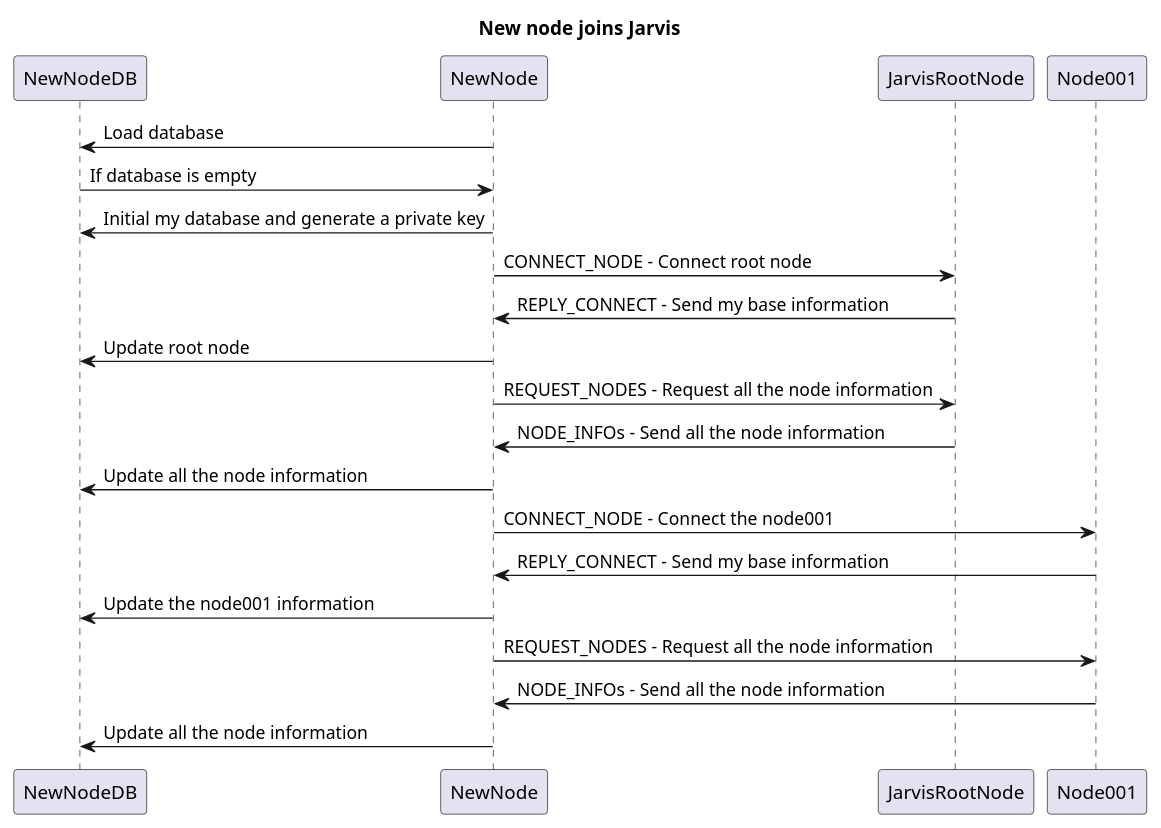
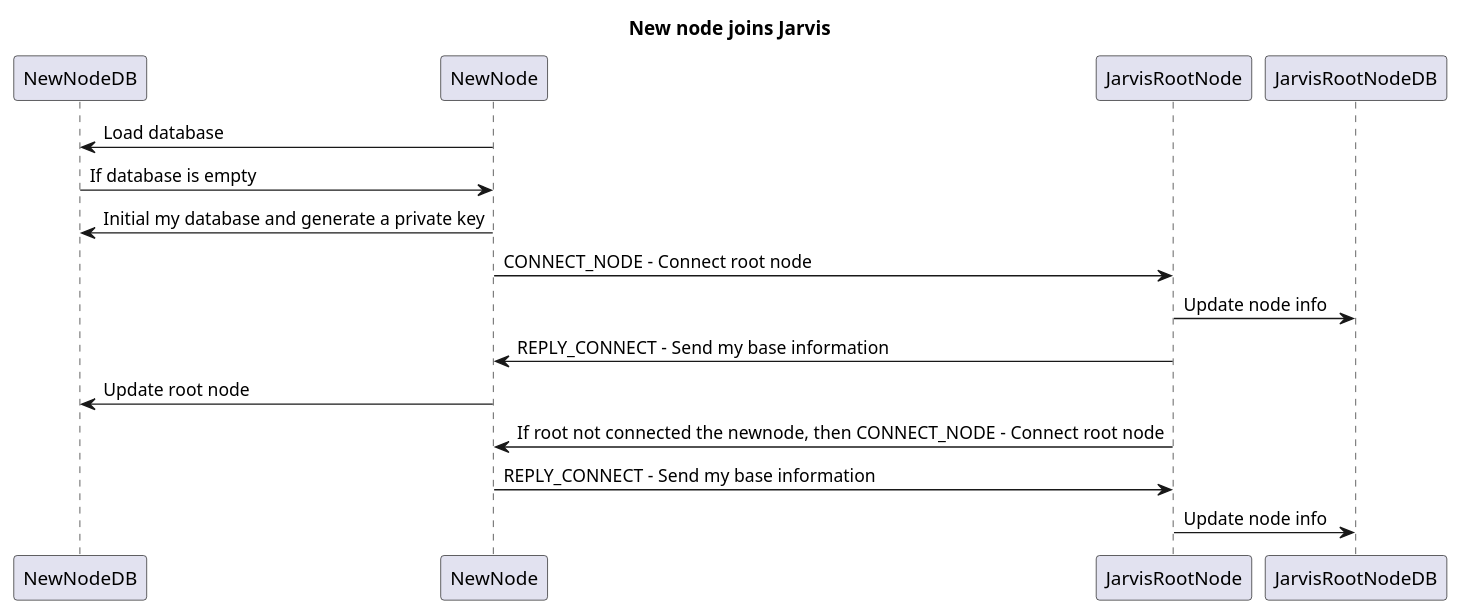
The diagram in network001.plantuml (zhs007/jarviscore), drawn with PlantUML before and after one commit. The commit also changed 4 other files, not shown here.

Commit message:
- updated plantuml for network - added TimeReconnect - fixed #44

```diff
--- a/network001.plantuml
+++ b/network001.plantuml
@@ -1,21 +1,16 @@
 @startuml 
 
 title New node joins Jarvis
 
 NewNodeDB <- NewNode: Load database
 NewNodeDB -> NewNode: If database is empty
 NewNodeDB <- NewNode: Initial my database and generate a private key
 NewNode -> JarvisRootNode: CONNECT_NODE - Connect root node
+JarvisRootNode -> JarvisRootNodeDB: Update node info
 NewNode <- JarvisRootNode: REPLY_CONNECT - Send my base information
 NewNodeDB <- NewNode: Update root node
-NewNode -> JarvisRootNode: REQUEST_NODES - Request all the node information
-NewNode <- JarvisRootNode: NODE_INFOs - Send all the node information
-NewNodeDB <- NewNode: Update all the node information
-NewNode -> Node001: CONNECT_NODE - Connect the node001
-NewNode <- Node001: REPLY_CONNECT - Send my base information
-NewNodeDB <- NewNode: Update the node001 information
-NewNode -> Node001: REQUEST_NODES - Request all the node information
-NewNode <- Node001: NODE_INFOs - Send all the node information
-NewNodeDB <- NewNode: Update all the node information
+NewNode <- JarvisRootNode: If root not connected the newnode, then CONNECT_NODE - Connect root node
+NewNode -> JarvisRootNode: REPLY_CONNECT - Send my base information
+JarvisRootNode -> JarvisRootNodeDB: Update node info
 
 @enduml
```
